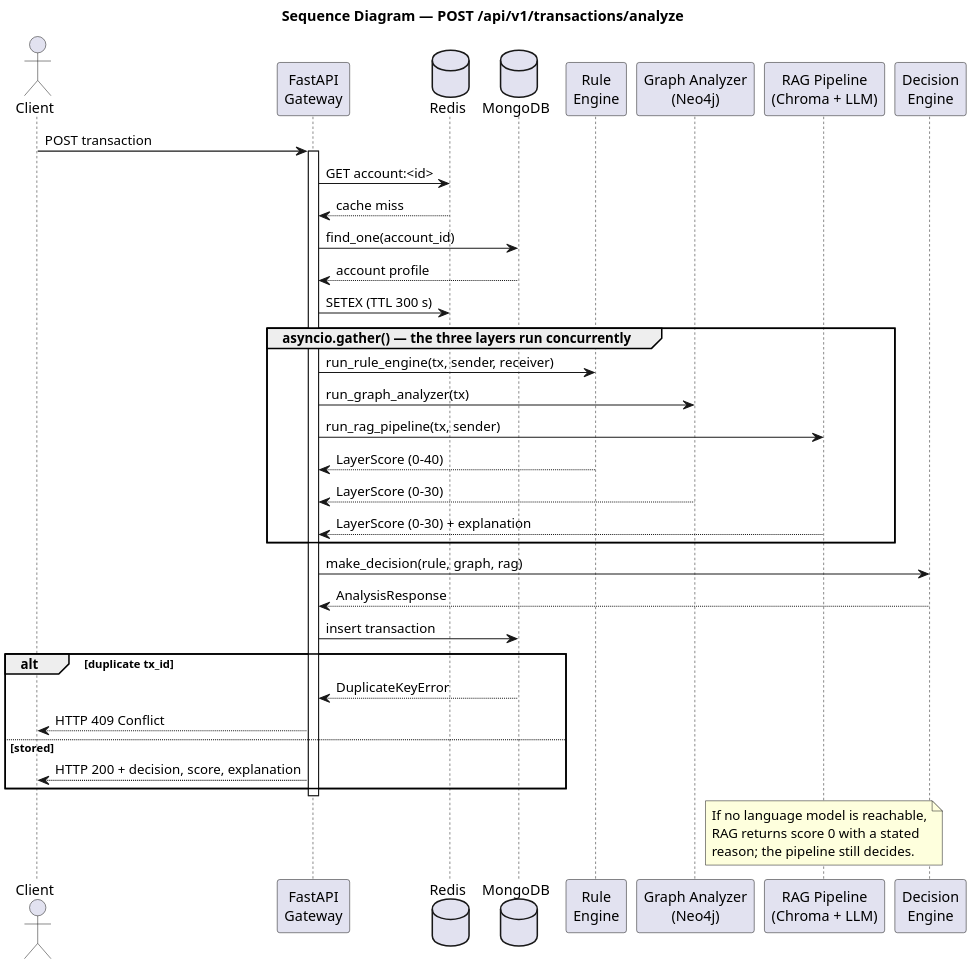
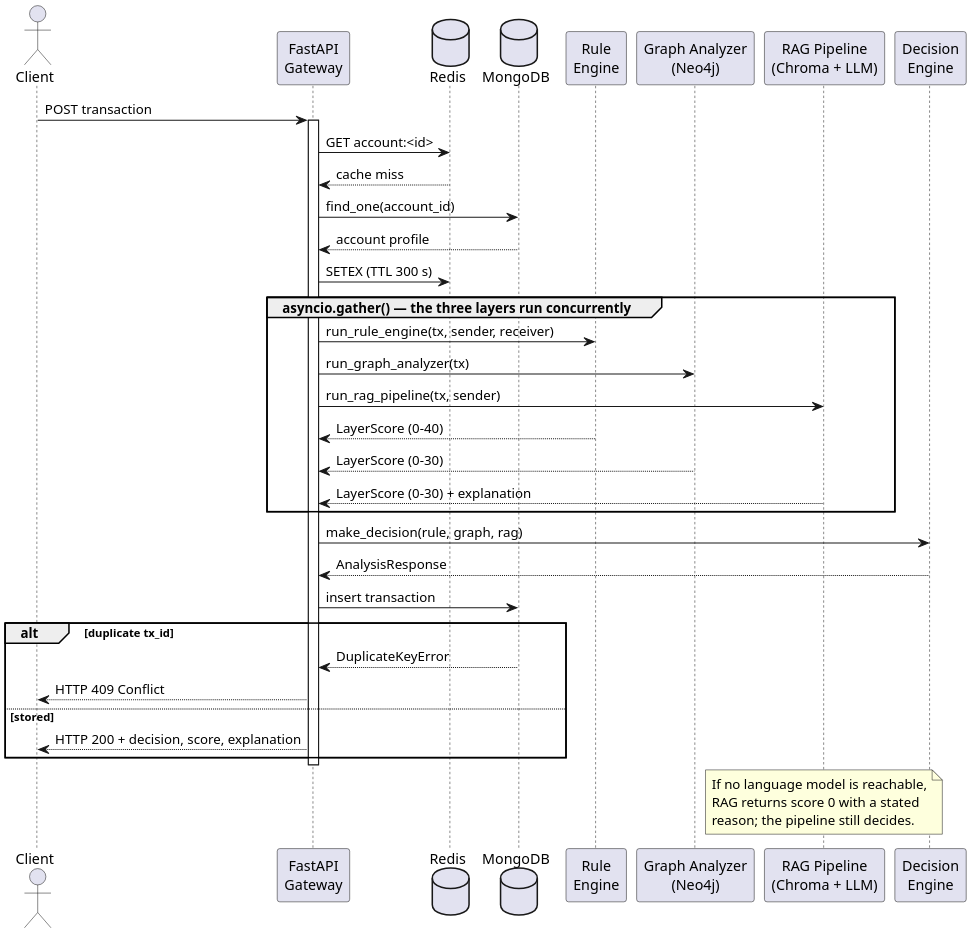
Before and after one commit to OMJOSHI15/indus11: the diagram in docs/diagrams/04-sequence.puml, drawn with PlantUML. The commit also changed 34 other files, not shown here.

```diff
--- a/docs/diagrams/04-sequence.puml
+++ b/docs/diagrams/04-sequence.puml
@@ -1,41 +1,40 @@
 @startuml
 skinparam dpi 200
 skinparam backgroundColor white
 skinparam shadowing false
 skinparam defaultFontName Times New Roman
-title Sequence Diagram — POST /api/v1/transactions/analyze
 actor Client
 participant "FastAPI\nGateway" as GW
 database Redis
 database MongoDB
 participant "Rule\nEngine" as RULE
 participant "Graph Analyzer\n(Neo4j)" as GRAPH
 participant "RAG Pipeline\n(Chroma + LLM)" as RAG
 participant "Decision\nEngine" as DEC
 Client -> GW : POST transaction
 activate GW
 GW -> Redis : GET account:<id>
 Redis --> GW : cache miss
 GW -> MongoDB : find_one(account_id)
 MongoDB --> GW : account profile
 GW -> Redis : SETEX (TTL 300 s)
 group asyncio.gather() — the three layers run concurrently
   GW -> RULE : run_rule_engine(tx, sender, receiver)
   GW -> GRAPH : run_graph_analyzer(tx)
   GW -> RAG : run_rag_pipeline(tx, sender)
   RULE --> GW : LayerScore (0–40)
   GRAPH --> GW : LayerScore (0–30)
   RAG --> GW : LayerScore (0–30) + explanation
 end
 GW -> DEC : make_decision(rule, graph, rag)
 DEC --> GW : AnalysisResponse
 GW -> MongoDB : insert transaction
 alt duplicate tx_id
   MongoDB --> GW : DuplicateKeyError
   GW --> Client : HTTP 409 Conflict
 else stored
   GW --> Client : HTTP 200 + decision, score, explanation
 end
 deactivate GW
 note over RAG : If no language model is reachable,\nRAG returns score 0 with a stated\nreason; the pipeline still decides.
 @enduml
```
